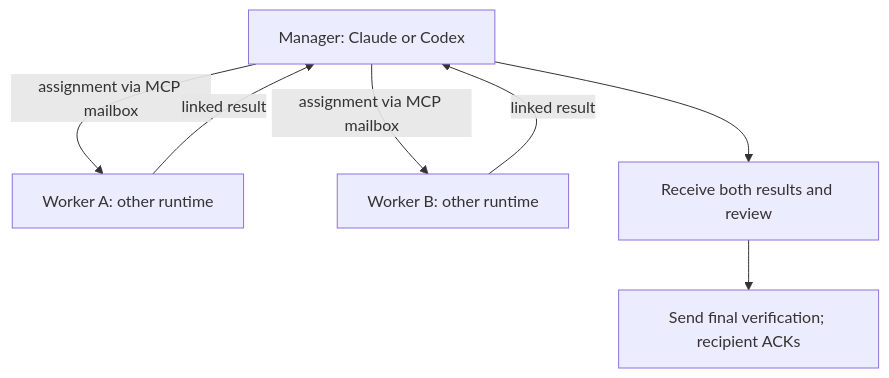
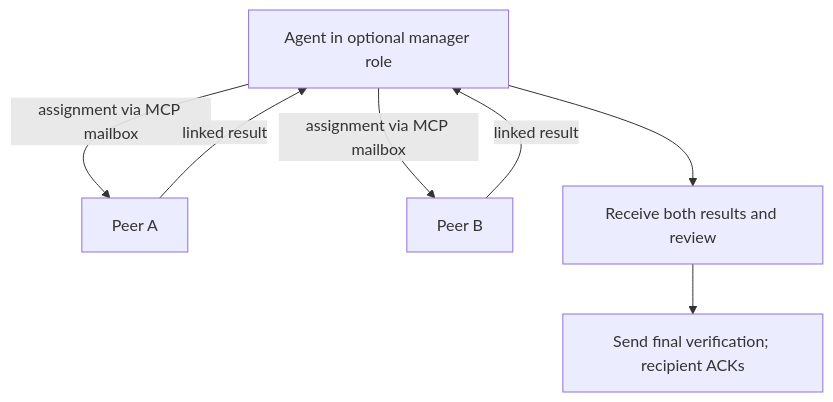
One commit to harinaralasetty/agent_relay changed the second of 2 diagrams in README.md. Above: the diagram before and after it, drawn with Mermaid. The commit also changed other lines of this file and 1 other file, not shown here.

Commit message:
Describe model-agnostic peer relay and optional model integration

````diff
--- a/README.md
+++ b/README.md
@@ -198,9 +193,9 @@
 ```mermaid
 flowchart TD
-    M[Manager: Claude or Codex] -->|assignment via MCP mailbox| A[Worker A: other runtime]
-    M -->|assignment via MCP mailbox| B[Worker B: other runtime]
+    M["Agent in optional manager role"] -->|assignment via MCP mailbox| A["Peer A"]
+    M -->|assignment via MCP mailbox| B["Peer B"]
     A -->|linked result| M
     B -->|linked result| M
     M --> V[Receive both results and review]
     V --> F[Send final verification; recipient ACKs]
 ```
````
